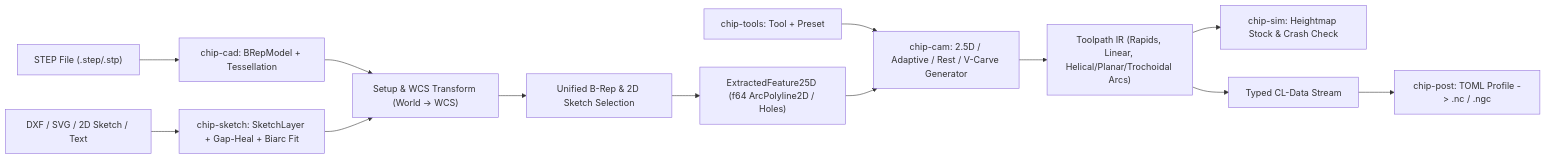
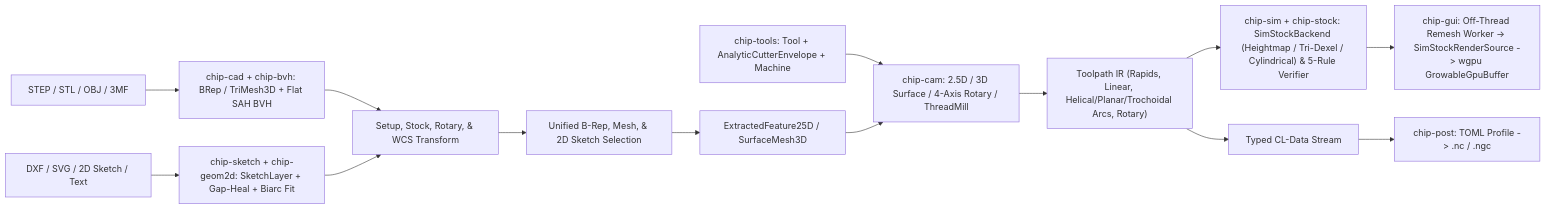
Before and after one commit to rk29/ChipCutter: the second of 2 diagrams in specs/01-architecture.md, drawn with Mermaid. The commit also changed other lines of this file and 68 other files, not shown here.

Commit message:
Milestone 51: Off-thread stock remeshing, oversized module decomposition, and architecture spec sync

````diff
--- a/specs/01-architecture.md
+++ b/specs/01-architecture.md
@@ -37,15 +104,16 @@
 ```mermaid
 flowchart LR
-    STEP["STEP File (.step/.stp)"] --> CAD["chip-cad: BRepModel + Tessellation"]
-    VEC["DXF / SVG / 2D Sketch / Text"] --> SKETCH["chip-sketch: SketchLayer + Gap-Heal + Biarc Fit"]
-    CAD --> SETUP["Setup & WCS Transform (World -> WCS)"]
+    STEP["STEP / STL / OBJ / 3MF"] --> CAD["chip-cad + chip-bvh: BRep / TriMesh3D + Flat SAH BVH"]
+    VEC["DXF / SVG / 2D Sketch / Text"] --> SKETCH["chip-sketch + chip-geom2d: SketchLayer + Gap-Heal + Biarc Fit"]
+    CAD --> SETUP["Setup, Stock, Rotary, & WCS Transform"]
     SKETCH --> SETUP
-    SETUP --> SEL["Unified B-Rep & 2D Sketch Selection"]
-    SEL --> FEAT["ExtractedFeature25D (f64 ArcPolyline2D / Holes)"]
-    TOOLS["chip-tools: Tool + Preset"] --> OP["chip-cam: 2.5D / Adaptive / Rest / V-Carve Generator"]
+    SETUP --> SEL["Unified B-Rep, Mesh, & 2D Sketch Selection"]
+    SEL --> FEAT["ExtractedFeature25D / SurfaceMesh3D"]
+    TOOLS["chip-tools: Tool + AnalyticCutterEnvelope + Machine"] --> OP["chip-cam: 2.5D / 3D Surface / 4-Axis Rotary / ThreadMill"]
     FEAT --> OP
-    OP --> TP["Toolpath IR (Rapids, Linear, Helical/Planar/Trochoidal Arcs)"]
-    TP --> SIM["chip-sim: Heightmap Stock & Crash Check"]
+    OP --> TP["Toolpath IR (Rapids, Linear, Helical/Planar/Trochoidal Arcs, Rotary)"]
+    TP --> SIM["chip-sim + chip-stock: SimStockBackend (Heightmap / Tri-Dexel / Cylindrical) & 5-Rule Verifier"]
+    SIM --> RENDER["chip-gui: Off-Thread Remesh Worker -> SimStockRenderSource -> wgpu GrowableGpuBuffer"]
     TP --> CL["Typed CL-Data Stream"]
     CL --> POST["chip-post: TOML Profile -> .nc / .ngc"]
 ```
````
